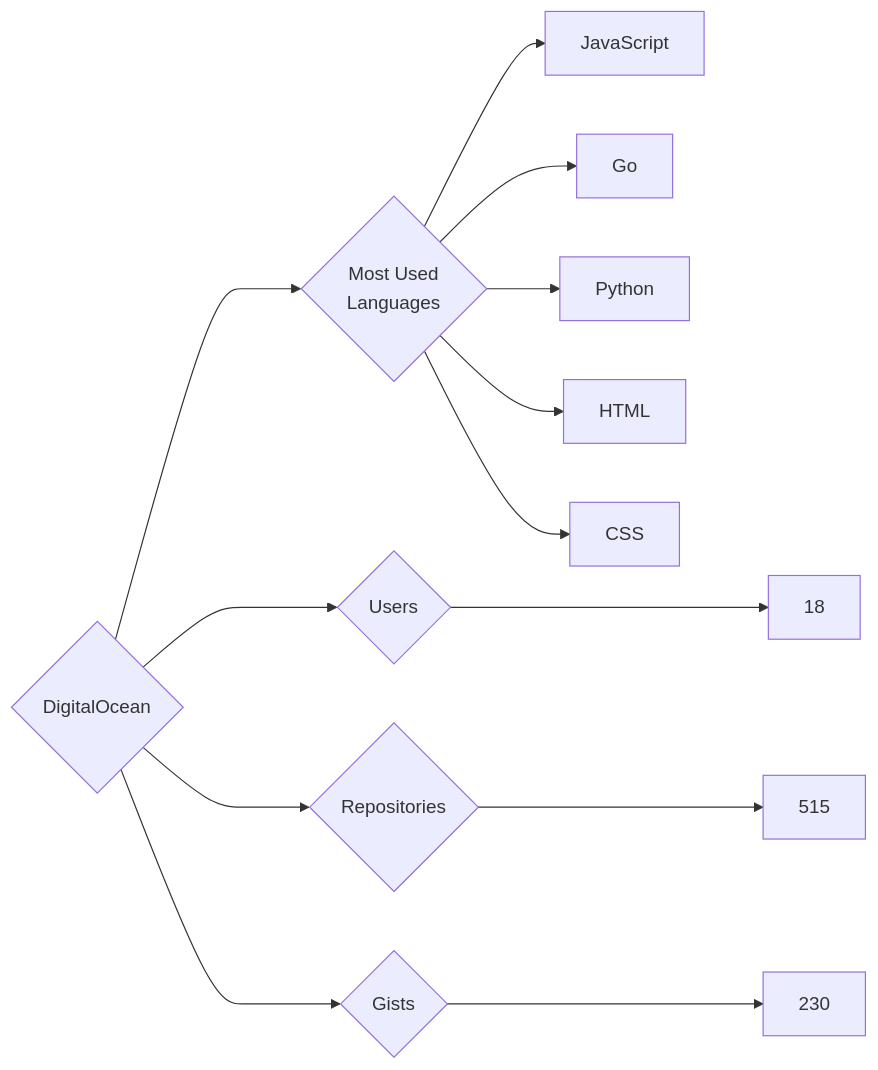
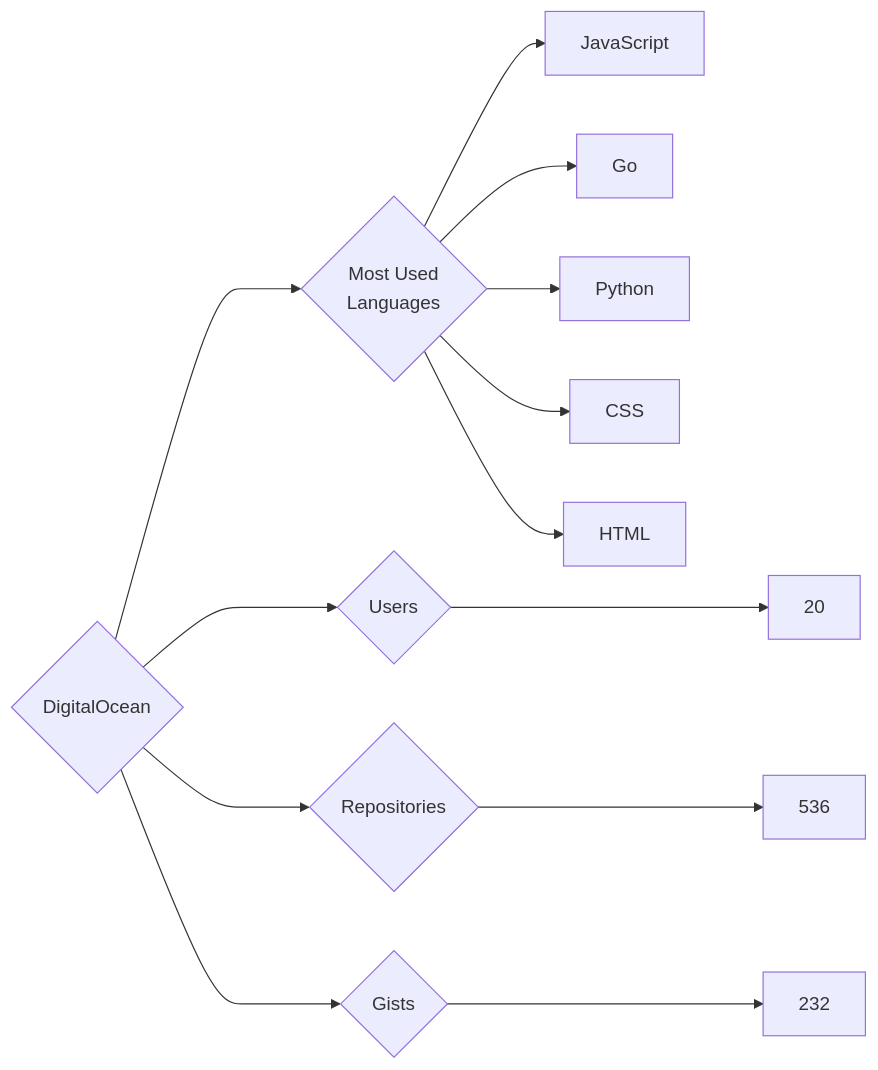
The diagram in targets/DigitalOcean/README.md (trickest/insiders), drawn with Mermaid before and after one commit. The commit also changed 882 other files, not shown here.

````diff
--- a/targets/DigitalOcean/README.md
+++ b/targets/DigitalOcean/README.md
@@ -3,13 +3,13 @@
 ```mermaid
 graph LR
 COMPANY_NAME{DigitalOcean}
-COMPANY_NAME ---> U{Users} ---> UN[18]
-COMPANY_NAME ---> R{Repositories} ---> RN[515]
-COMPANY_NAME ---> G{Gists} ---> GN[230]
+COMPANY_NAME ---> U{Users} ---> UN[20]
+COMPANY_NAME ---> R{Repositories} ---> RN[536]
+COMPANY_NAME ---> G{Gists} ---> GN[232]
 COMPANY_NAME ---> ML{Most Used<br>Languages}
 ML --> JavaScript[JavaScript]
 ML --> Go[Go]
 ML --> Python[Python]
+ML --> CSS[CSS]
 ML --> HTML[HTML]
-ML --> CSS[CSS]
 ```
````
